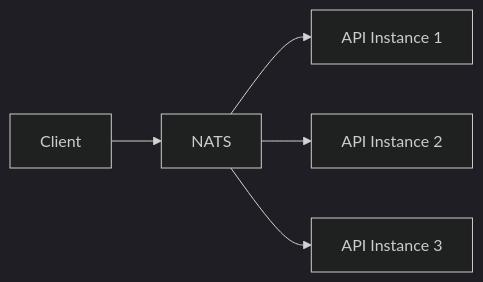
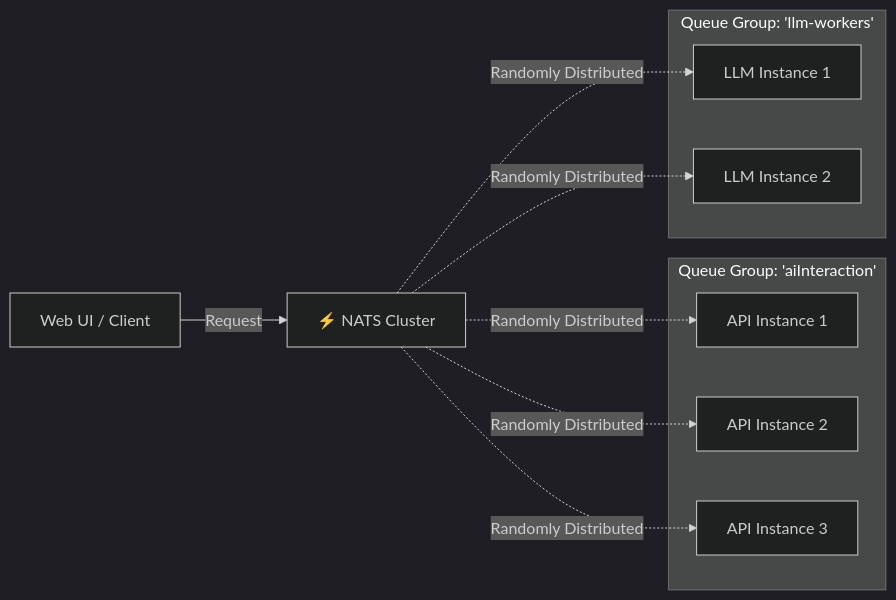
Before and after one commit to Lixpi/lixpi: the fourth of 4 diagrams in README.md, drawn with Mermaid (dark theme). The commit also changed other lines of this file, not shown here.

````diff
--- a/README.md
+++ b/README.md
@@ -292,7 +267,22 @@
 ```mermaid
 flowchart LR
-    A["Client"] --> B["NATS"]
-    B --> C["API Instance 1"]
-    B --> D["API Instance 2"]
-    B --> E["API Instance 3"]
+    Client["Web UI / Client"] -->|Request| NATS["⚡ NATS Cluster"]
+
+    subgraph API_Group["Queue Group: 'aiInteraction'"]
+        API1["API Instance 1"]
+        API2["API Instance 2"]
+        API3["API Instance 3"]
+    end
+
+    subgraph LLM_Group["Queue Group: 'llm-workers'"]
+        LLM1["LLM Instance 1"]
+        LLM2["LLM Instance 2"]
+    end
+
+    NATS -.->|Randomly Distributed| API1
+    NATS -.->|Randomly Distributed| API2
+    NATS -.->|Randomly Distributed| API3
+
+    NATS -.->|Randomly Distributed| LLM1
+    NATS -.->|Randomly Distributed| LLM2
 ```
````
